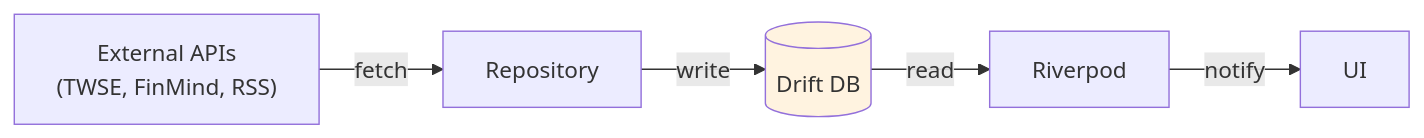
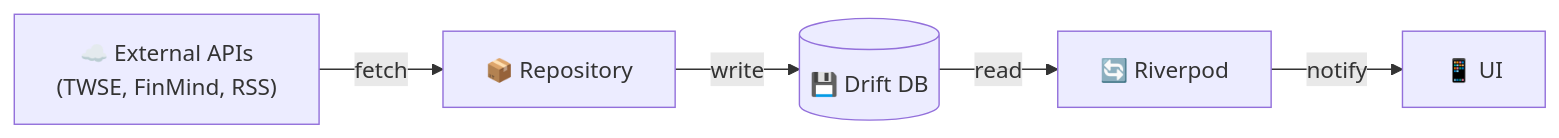
One commit to Neal75418/afterclose changed the third of 6 diagrams in CLAUDE.md. Above: the diagram before and after it, drawn with Mermaid. The commit also changed other lines of this file and 2 other files, not shown here.

First line of the commit message:
docs: 更新規則引擎文件與流程圖

````diff
--- a/CLAUDE.md
+++ b/CLAUDE.md
@@ -95,15 +73,13 @@
 ```mermaid
 flowchart LR
-    API["External APIs<br/>(TWSE, FinMind, RSS)"]
-    Repo["Repository"]
-    DB[(Drift DB)]
-    Provider["Riverpod"]
-    UI["UI"]
+    API["☁️ External APIs<br/>(TWSE, FinMind, RSS)"]
+    Repo["📦 Repository"]
+    DB[("💾 Drift DB")]
+    Provider["🔄 Riverpod"]
+    UI["📱 UI"]
 
     API -->|fetch| Repo
     Repo -->|write| DB
     DB -->|read| Provider
     Provider -->|notify| UI
-
-    style DB fill:#fff3e0
 ```
````
